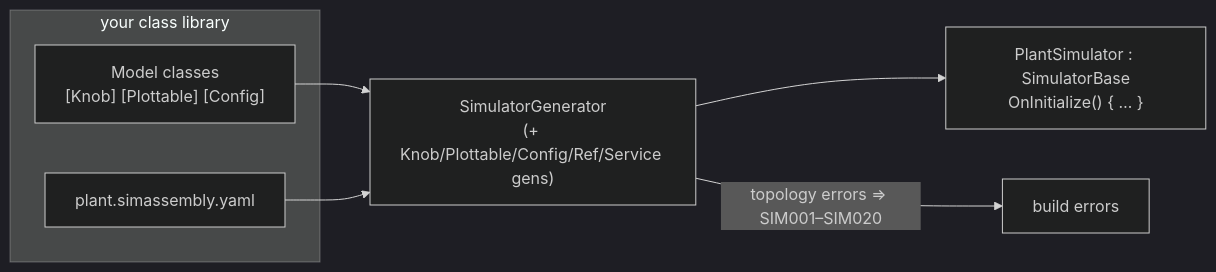
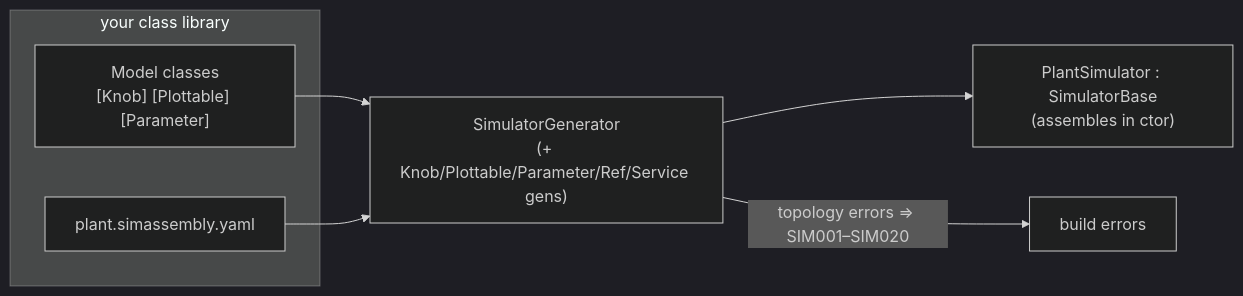
Before and after one commit to SimulaSharp-org/simulasharp-docs: the third of 4 diagrams in public/content/big-picture.md, drawn with Mermaid (dark theme). The commit also changed other lines of this file and 28 other files, not shown here.

````diff
--- a/public/content/big-picture.md
+++ b/public/content/big-picture.md
@@ -61,11 +61,11 @@
 ```mermaid
 flowchart LR
   subgraph src["your class library"]
-    MODELS["Model classes<br/>[Knob] [Plottable] [Config]"]
+    MODELS["Model classes<br/>[Knob] [Plottable] [Parameter]"]
     YAML["plant.simassembly.yaml"]
   end
   MODELS --> GEN
   YAML --> GEN
-  GEN["SimulatorGenerator<br/>(+ Knob/Plottable/Config/Ref/Service gens)"] --> OUT["PlantSimulator : SimulatorBase<br/>OnInitialize() { … }"]
+  GEN["SimulatorGenerator<br/>(+ Knob/Plottable/Parameter/Ref/Service gens)"] --> OUT["PlantSimulator : SimulatorBase<br/>(assembles in ctor)"]
   GEN -->|"topology errors ⇒ SIM001–SIM020"| ERR["build errors"]
 ```
````
